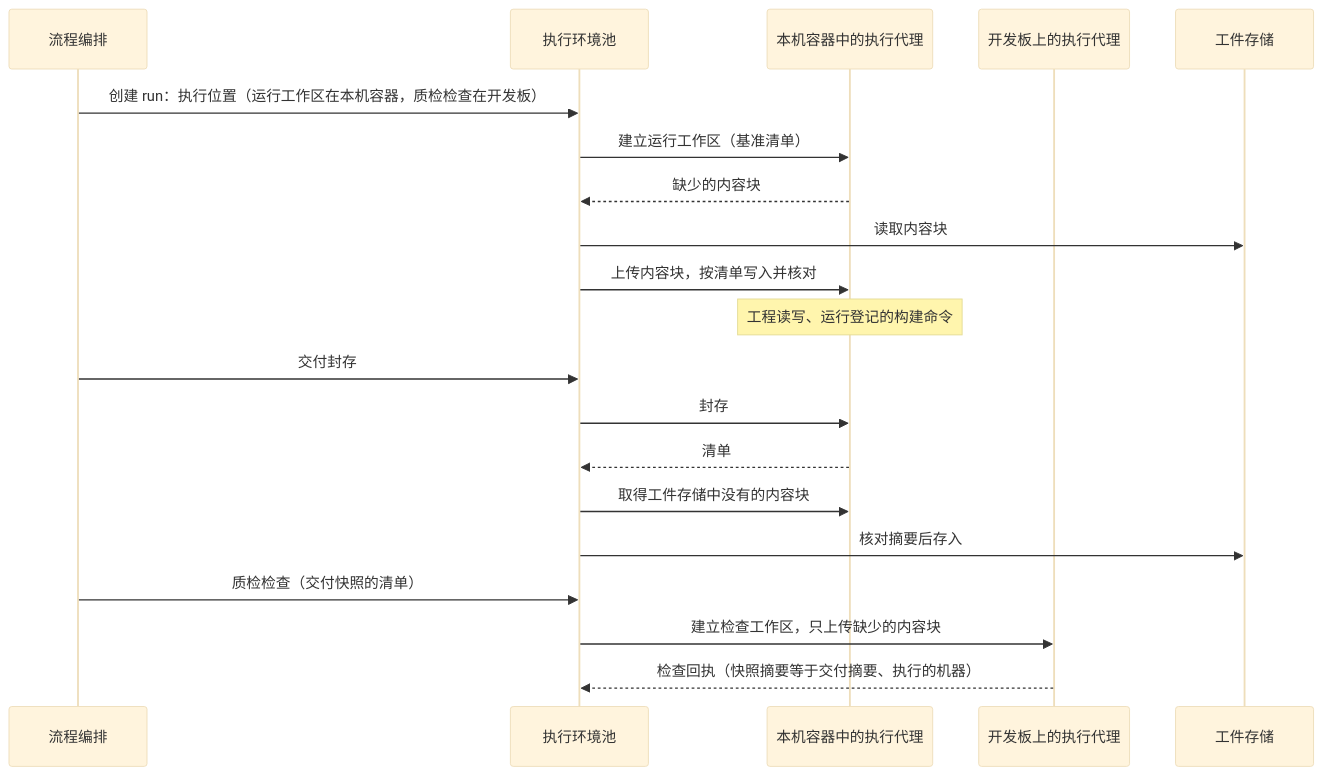
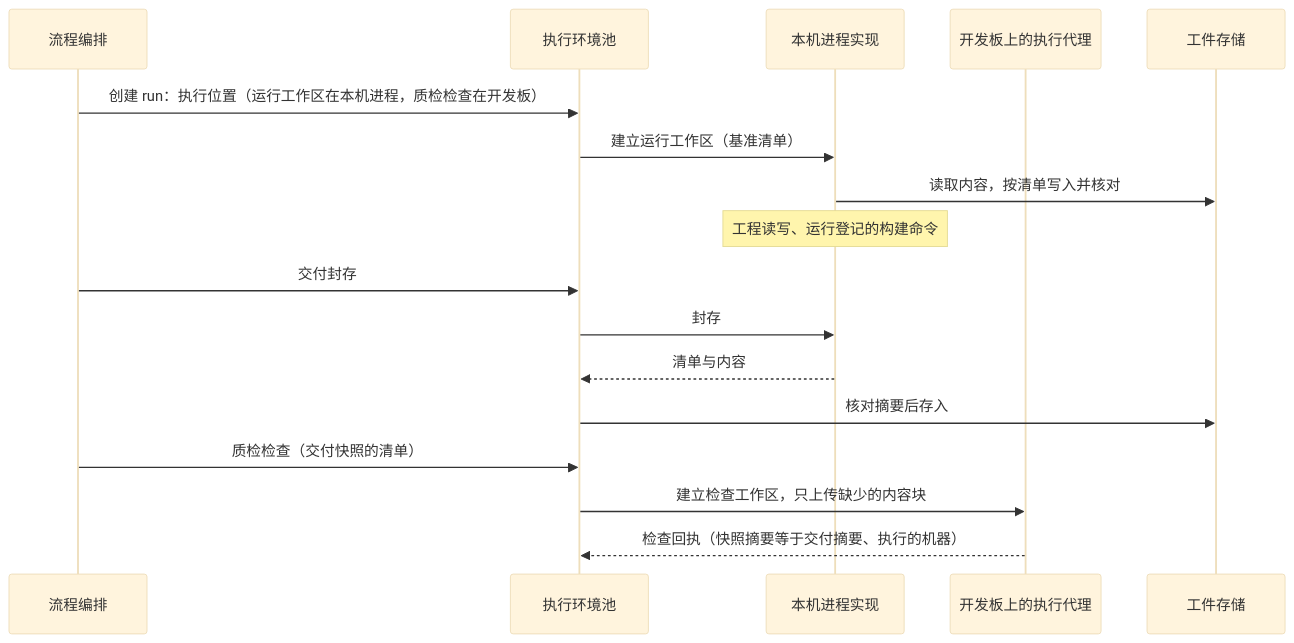
The fourth of 4 diagrams in docs/design/execution-environment.md (bender2333/yudao), drawn with Mermaid (base theme) before and after one commit. The commit also changed other lines of this file and 29 other files, not shown here.

````diff
--- a/docs/design/execution-environment.md
+++ b/docs/design/execution-environment.md
@@ -384,22 +327,19 @@
 ```mermaid
 sequenceDiagram
   participant O as 流程编排
   participant P as 执行环境池
-  participant K as 本机容器中的执行代理
+  participant L as 本机进程实现
   participant R as 开发板上的执行代理
   participant Art as 工件存储
-  O->>P: 创建 run：执行位置（运行工作区在本机容器，质检检查在开发板）
-  P->>K: 建立运行工作区（基准清单）
-  K-->>P: 缺少的内容块
-  P->>Art: 读取内容块
-  P->>K: 上传内容块，按清单写入并核对
-  Note over K: 工程读写、运行登记的构建命令
+  O->>P: 创建 run：执行位置（运行工作区在本机进程，质检检查在开发板）
+  P->>L: 建立运行工作区（基准清单）
+  L->>Art: 读取内容，按清单写入并核对
+  Note over L: 工程读写、运行登记的构建命令
   O->>P: 交付封存
-  P->>K: 封存
-  K-->>P: 清单
-  P->>K: 取得工件存储中没有的内容块
+  P->>L: 封存
+  L-->>P: 清单与内容
   P->>Art: 核对摘要后存入
   O->>P: 质检检查（交付快照的清单）
   P->>R: 建立检查工作区，只上传缺少的内容块
   R-->>P: 检查回执（快照摘要等于交付摘要、执行的机器）
 ```
````
